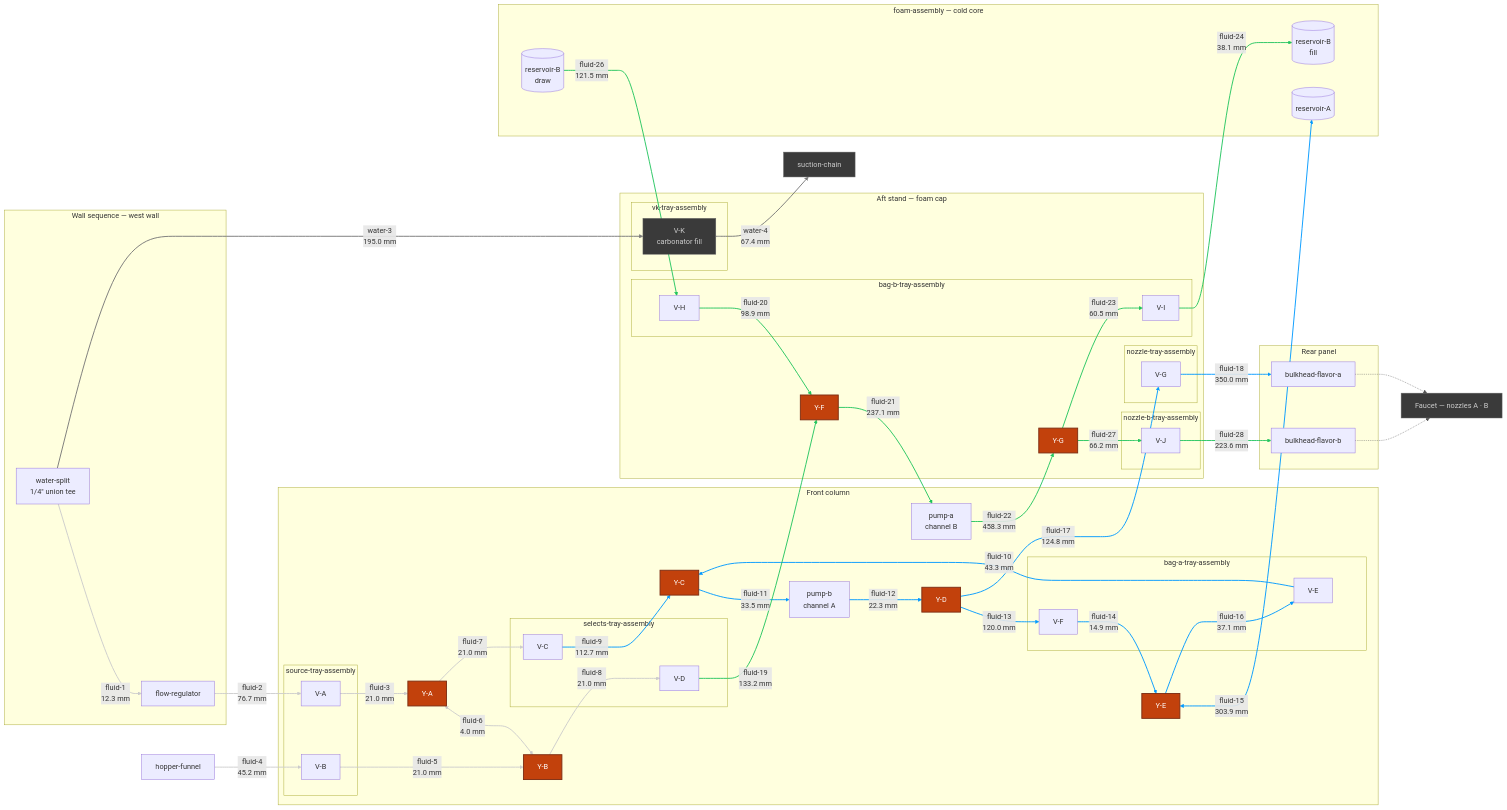
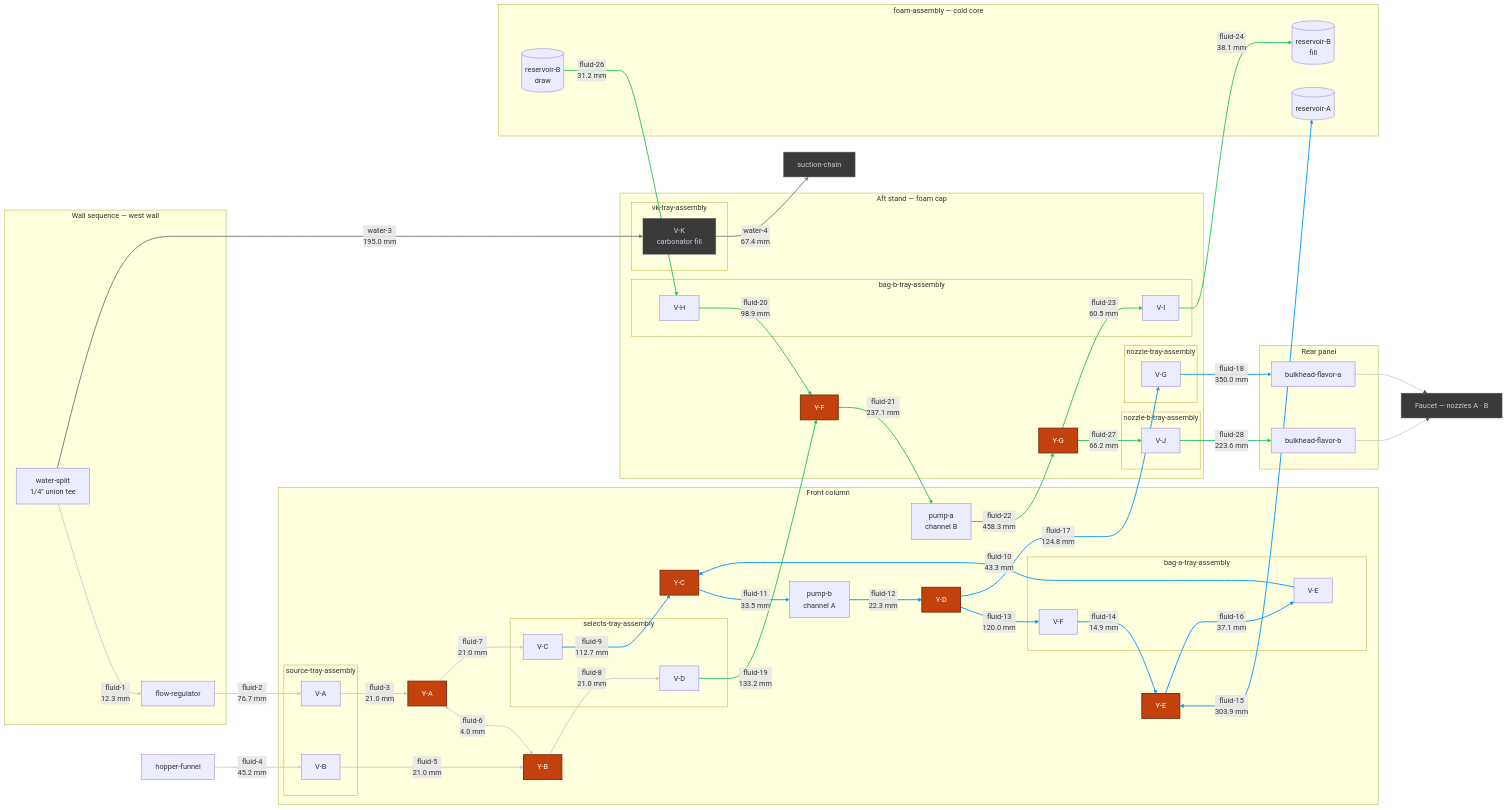
One commit to derekbreden/homesodamachine changed the diagram in hardware/topology/fluid-topology-manifold.mmd. Above: the diagram before and after it, drawn with Mermaid.

Commit message:
topology: the manifold chart carried fluid-26's three-bend detour, so IT NOW READS THE TWO-BEND LEG the run actually is — 31.2 mm, reservoir-B → V-H-I

```diff
--- a/hardware/topology/fluid-topology-manifold.mmd
+++ b/hardware/topology/fluid-topology-manifold.mmd
@@ -10,8 +10,8 @@
   %% `_fluid_topology_sync.py` writes every number below and gates every edge against
   %% the built run — an edge whose two ends are not that run's two ends fails the gate.
 
-  %% The 28 flavor segments come to [2822.0 mm](FLUID_TOTAL) of 1/4" LLDPE, over
-  %% [69](FLUID_BENDS) bends. The longest is [fluid-22](LONGEST_ID) at
+  %% The 28 flavor segments come to [2731.7 mm](FLUID_TOTAL) of 1/4" LLDPE, over
+  %% [68](FLUID_BENDS) bends. The longest is [fluid-22](LONGEST_ID) at
   %% [458.3 mm](LONGEST_LEN); the shortest is [fluid-6](SHORTEST_ID) at
   %% [4.0 mm](SHORTEST_LEN).
 
@@ -173,7 +173,7 @@
   PA -->|"fluid-22<br/>458.3 mm"| YG
   YG -->|"fluid-23<br/>60.5 mm"| VI
   VI -->|"fluid-24<br/>38.1 mm"| ResBFill
-  ResB -->|"fluid-26<br/>121.5 mm"| VH
+  ResB -->|"fluid-26<br/>31.2 mm"| VH
   YG -->|"fluid-27<br/>66.2 mm"| VJ
   VJ -->|"fluid-28<br/>223.6 mm"| BhB
 
```
